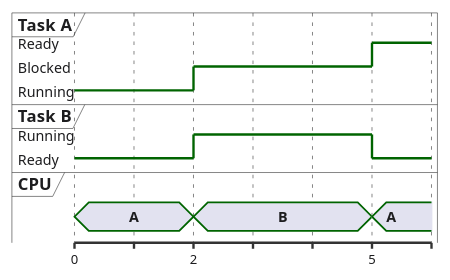
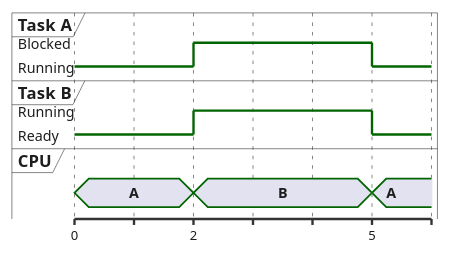
The fifth of 9 diagrams in vorlesungen/03_einfuehrung-rtos.qmd (dantschi/echtzeitsysteme), drawn with PlantUML before and after one commit. The commit also changed other lines of this file, not shown here.

````diff
--- a/vorlesungen/03_einfuehrung-rtos.qmd
+++ b/vorlesungen/03_einfuehrung-rtos.qmd
@@ -383,29 +483,29 @@
 ```{.plantuml}
 @startuml
 skinparam backgroundColor transparent
 skinparam defaultFontName "Inter, sans-serif"
 skinparam defaultFontColor #1D1D1F
 skinparam ArrowColor #86868B
 skinparam timing {
   BackgroundColor #FFFFFF
   BorderColor #E5E5EA
   LineColor #1D1D1F
   SignalColor #E2001A
 }
 robust "Task A" as A
 robust "Task B" as B
 concise "CPU" as CPU
 @0
 A is Running
 B is Ready
 CPU is A
 @2
 A is Blocked
 B is Running
 CPU is B
 @5
-A is Ready
+A is Running
 B is Ready
 CPU is A
 @enduml
 ```
````
